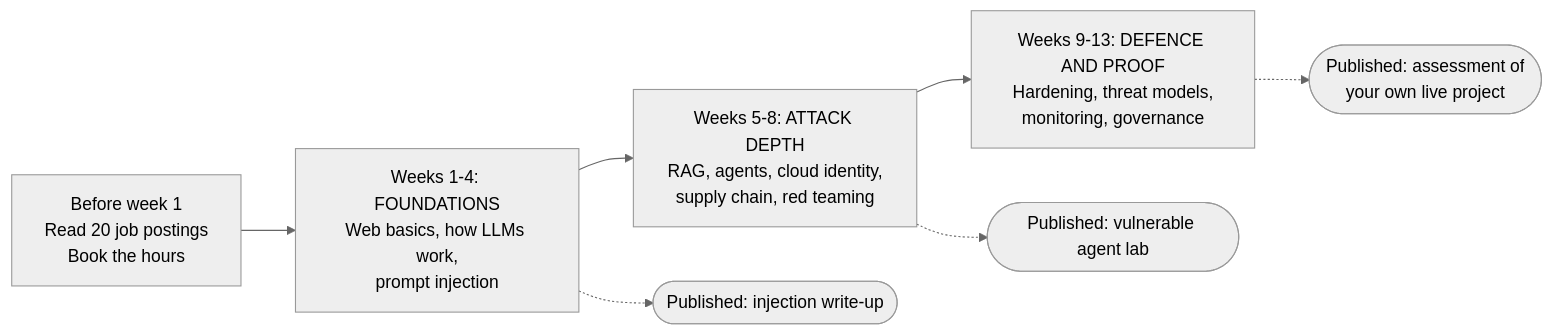
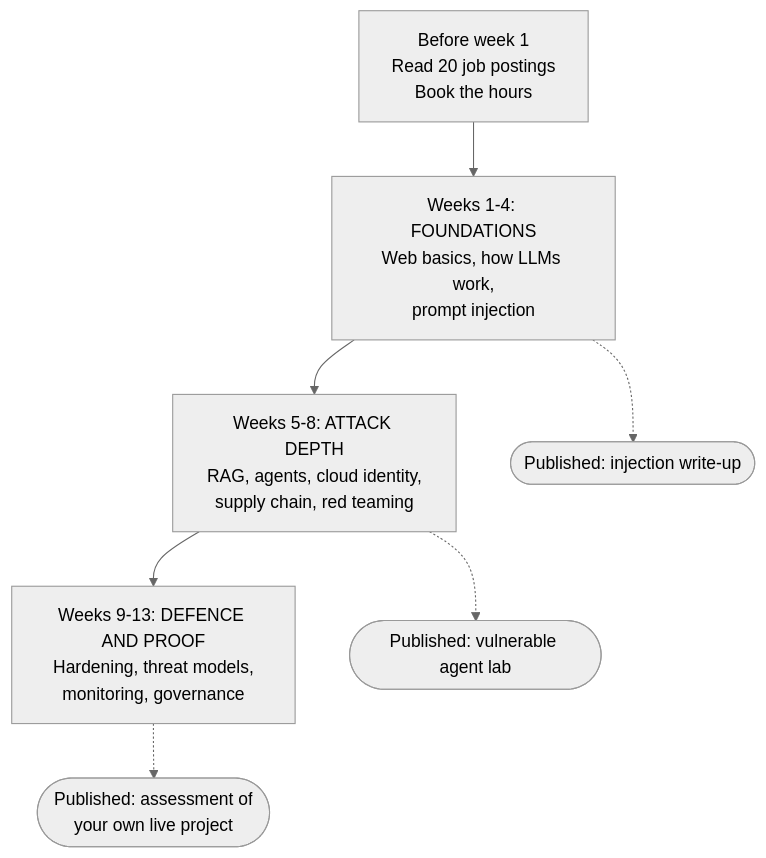
Before and after one commit to aredwan-xyz/cybersec-roadmap: the first of 2 diagrams in README.md, drawn with Mermaid (neutral theme). The commit also changed other lines of this file, not shown here.

Commit message:
README: absolute badge links, phone-friendly diagrams

````diff
--- a/README.md
+++ b/README.md
@@ -26,10 +26,10 @@
 ```mermaid
-flowchart LR
+flowchart TB
     P0["Before week 1<br/>Read 20 job postings<br/>Book the hours"] --> P1
     P1["Weeks 1-4: FOUNDATIONS<br/>Web basics, how LLMs work,<br/>prompt injection"] --> P2
     P2["Weeks 5-8: ATTACK DEPTH<br/>RAG, agents, cloud identity,<br/>supply chain, red teaming"] --> P3
     P3["Weeks 9-13: DEFENCE AND PROOF<br/>Hardening, threat models,<br/>monitoring, governance"]
     P1 -.-> A1(["Published: injection write-up"])
     P2 -.-> A2(["Published: vulnerable agent lab"])
     P3 -.-> A3(["Published: assessment of<br/>your own live project"])
 ```
````
